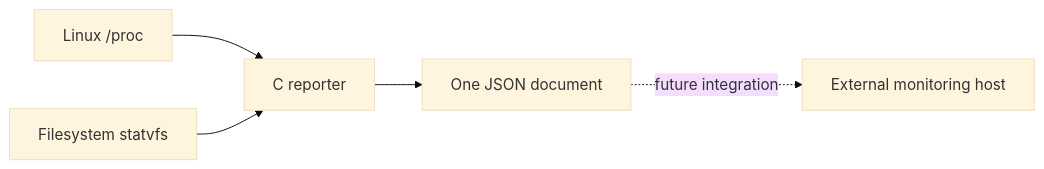
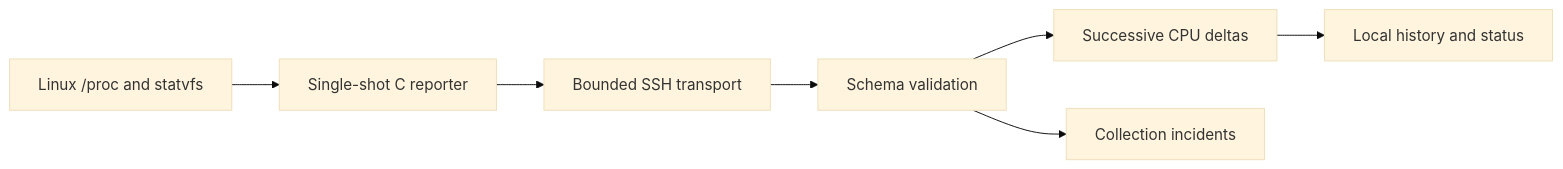
Before and after one commit to markpierotti/asus-router-telemetry: the diagram in docs/design.md, drawn with Mermaid (base theme). The commit also changed other lines of this file and 38 other files, not shown here.

````diff
--- a/docs/design.md
+++ b/docs/design.md
@@ -5,7 +3,9 @@
 ```mermaid
 flowchart LR
-    P[Linux /proc] --> R[C reporter]
-    F[Filesystem statvfs] --> R
-    R --> J[One JSON document]
-    J -. future integration .-> M[External monitoring host]
+    P[Linux /proc and statvfs] --> R[Single-shot C reporter]
+    R --> S[Bounded SSH transport]
+    S --> V[Schema validation]
+    V --> D[Successive CPU deltas]
+    D --> H[Local history and status]
+    V --> I[Collection incidents]
 ```
````
